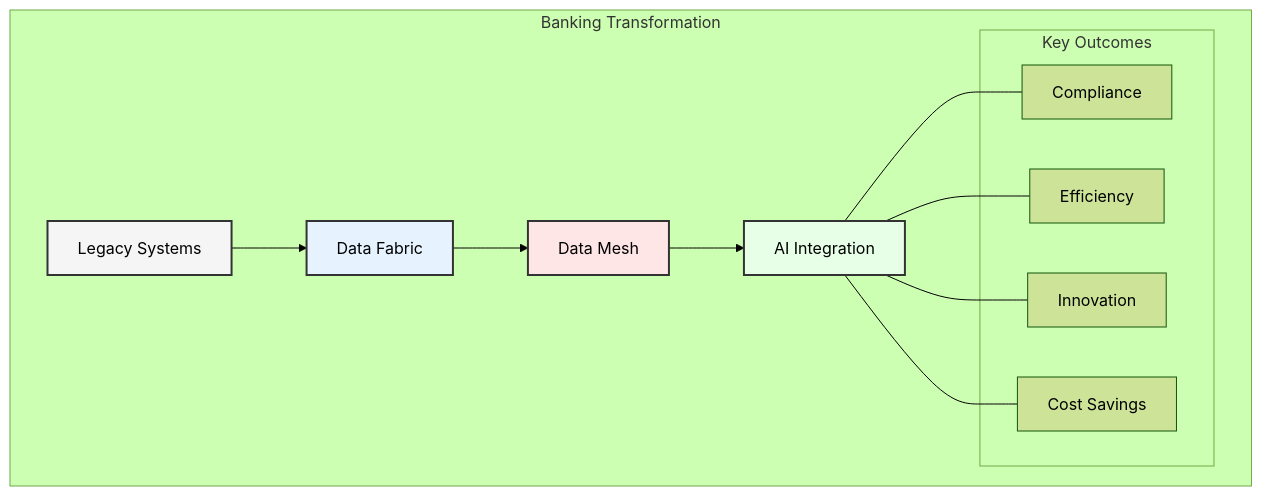
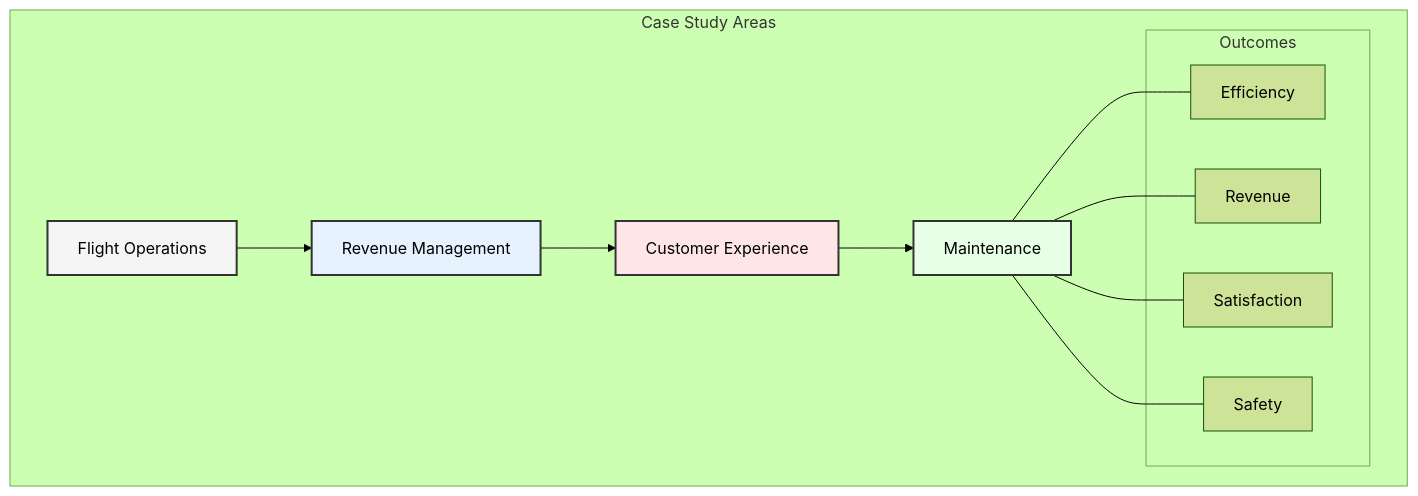
One commit to data-octo/agentic_ai_research changed the first of 7 diagrams in enterprise_data_architecture/chapters/09_case_studies.md. Above: the diagram before and after it, drawn with Mermaid (forest theme). The commit also changed other lines of this file and 11 other files, not shown here.

````diff
--- a/enterprise_data_architecture/chapters/09_case_studies.md
+++ b/enterprise_data_architecture/chapters/09_case_studies.md
@@ -43,25 +7,25 @@
 ```mermaid
 graph TB
-    subgraph "Banking Transformation"
-        A[Legacy Systems] --> B[Data Fabric]
-        B --> C[Data Mesh]
-        C --> D[AI Integration]
+    subgraph "Case Study Areas"
+        A[Flight Operations] --> B[Revenue Management]
+        B --> C[Customer Experience]
+        C --> D[Maintenance]
         
-        subgraph "Key Outcomes"
-            E[Compliance]
-            F[Efficiency]
-            G[Innovation]
-            H[Cost Savings]
+        subgraph "Outcomes"
+            E[Efficiency]
+            F[Revenue]
+            G[Satisfaction]
+            H[Safety]
         end
         
         D --- E
         D --- F
         D --- G
         D --- H
     end
     
     style A fill:#f5f5f5,stroke:#333,stroke-width:2px
     style B fill:#e6f3ff,stroke:#333,stroke-width:2px
     style C fill:#ffe6e6,stroke:#333,stroke-width:2px
     style D fill:#e6ffe6,stroke:#333,stroke-width:2px
 ```
````
